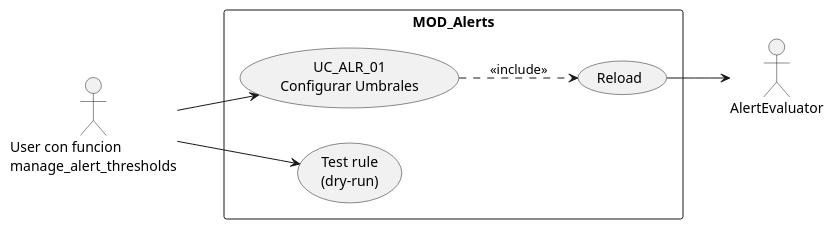
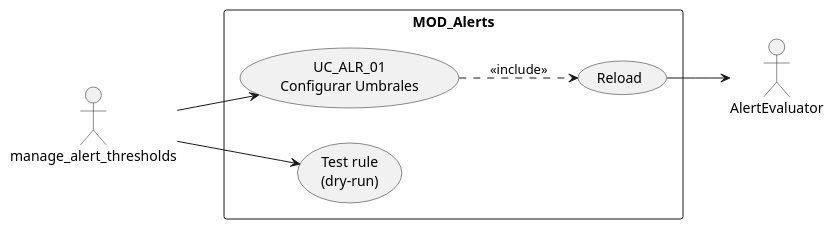
One commit to jcg-admin/IACT-docs changed the first of 4 diagrams in source/requisitos/casos-uso/alerts/uc-alr-01/diagramas-uml.rst. Above: the diagram before and after it, drawn with PlantUML. The commit also changed 77 other files, not shown here.

First line of the commit message:
Enforce RBAC function names as actors in all UML diagrams

```diff
--- a/source/requisitos/casos-uso/alerts/uc-alr-01/diagramas-uml.rst
+++ b/source/requisitos/casos-uso/alerts/uc-alr-01/diagramas-uml.rst
@@ -10,16 +10,16 @@
 .. uml::
 
  @startuml
  left to right direction
- actor "User con funcion\nmanage_alert_thresholds" as USR
+ actor "manage_alert_thresholds" as USR
  actor "AlertEvaluator" as AE
  rectangle "MOD_Alerts" {
    usecase "UC_ALR_01\nConfigurar Umbrales" as UC01
    usecase "Test rule\n(dry-run)" as DR
    usecase "Reload" as RL
  }
  USR --> UC01
  USR --> DR
  UC01 ..> RL : <<include>>
  RL --> AE
  @enduml
```
